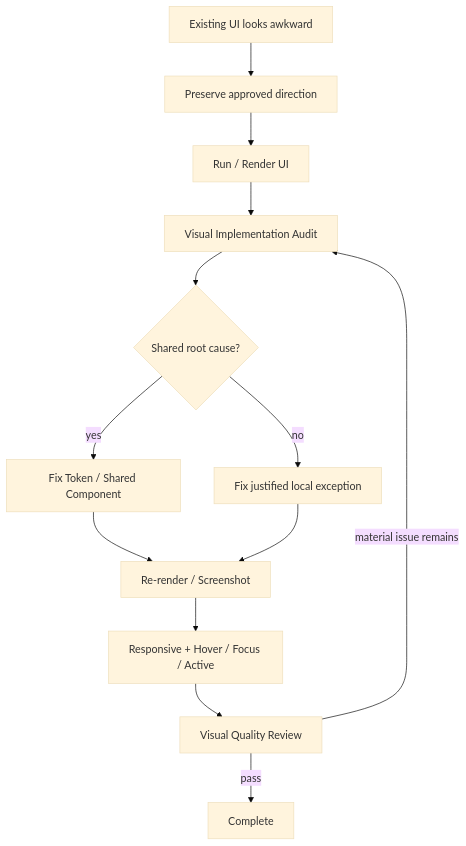
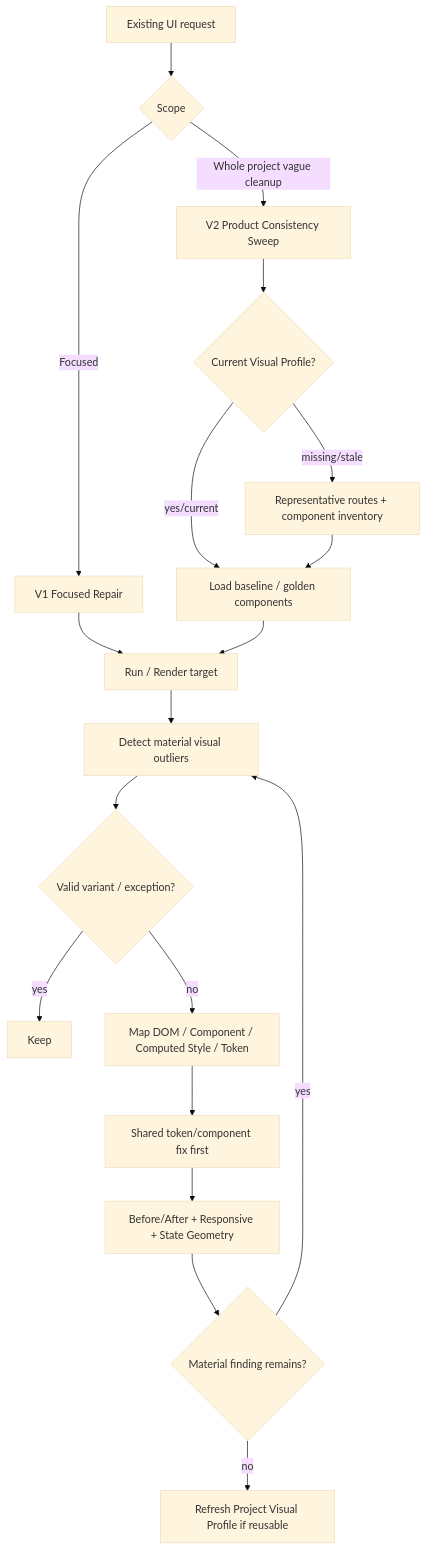
Before and after one commit to LucasLu3918/ai-product-system: diagram 15 of 20 in docs/ARCHITECTURE.md, drawn with Mermaid (base theme). The commit also changed other lines of this file and 7 other files, not shown here.

Commit message:
docs(architecture): sync diagrams and require impact review for core changes

```diff
--- a/docs/ARCHITECTURE.md
+++ b/docs/ARCHITECTURE.md
@@ -347,15 +360,21 @@
 ~~~mermaid
 flowchart TD
-    U[Existing UI looks awkward] --> P[Preserve approved direction]
-    P --> RUN[Run / Render UI]
-    RUN --> AUDIT[Visual Implementation Audit]
-    AUDIT --> ROOT{Shared root cause?}
-    ROOT -->|yes| SHARED[Fix Token / Shared Component]
-    ROOT -->|no| PAGE[Fix justified local exception]
-    SHARED --> VERIFY[Re-render / Screenshot]
-    PAGE --> VERIFY
-    VERIFY --> STATES[Responsive + Hover / Focus / Active]
-    STATES --> QA[Visual Quality Review]
-    QA -->|material issue remains| AUDIT
-    QA -->|pass| DONE[Complete]
+    U[Existing UI request] --> MODE{Scope}
+    MODE -->|Focused| V1[V1 Focused Repair]
+    MODE -->|Whole project vague cleanup| V2[V2 Product Consistency Sweep]
+    V2 --> VP{Current Visual Profile?}
+    VP -->|yes/current| BASE[Load baseline / golden components]
+    VP -->|missing/stale| DISC[Representative routes + component inventory]
+    DISC --> BASE
+    V1 --> RUN[Run / Render target]
+    BASE --> RUN
+    RUN --> OUT[Detect material visual outliers]
+    OUT --> VAR{Valid variant / exception?}
+    VAR -->|yes| KEEP[Keep]
+    VAR -->|no| ROOT[Map DOM / Component / Computed Style / Token]
+    ROOT --> FIX[Shared token/component fix first]
+    FIX --> VERIFY[Before/After + Responsive + State Geometry]
+    VERIFY --> FIND{Material finding remains?}
+    FIND -->|yes| OUT
+    FIND -->|no| PROFILE[Refresh Project Visual Profile if reusable]
 ~~~
```
